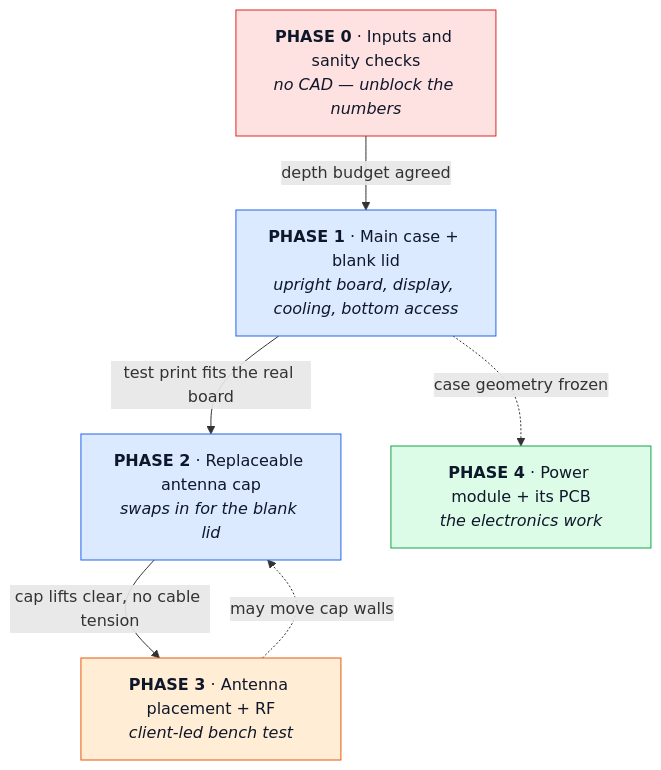
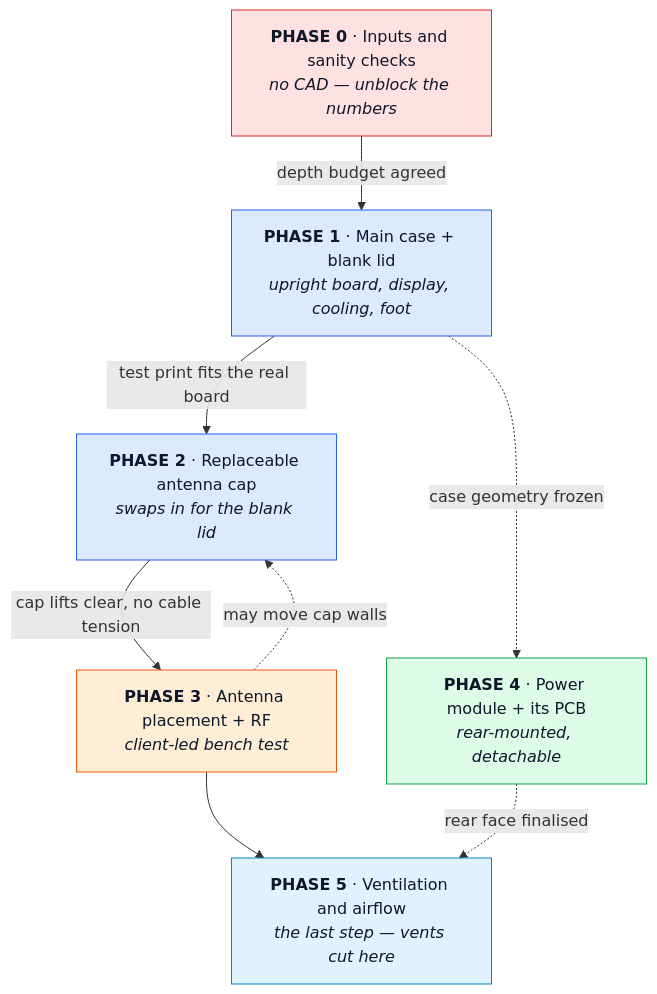
Before and after one commit to ParkWardRR/vezha: the diagram in handoff/README.md, drawn with Mermaid. The commit also changed other lines of this file and 5 other files, not shown here.

First line of the commit message:
Close the bottom, drop header access, make venting the final phase

````diff
--- a/handoff/README.md
+++ b/handoff/README.md
@@ -83,19 +100,23 @@
 ```mermaid
 flowchart TB
     P0["<b>PHASE 0</b> · Inputs and sanity checks<br/><i>no CAD — unblock the numbers</i>"]:::gate
-    P1["<b>PHASE 1</b> · Main case + blank lid<br/><i>upright board, display, cooling, bottom access</i>"]:::work
+    P1["<b>PHASE 1</b> · Main case + blank lid<br/><i>upright board, display, cooling, foot</i>"]:::work
     P2["<b>PHASE 2</b> · Replaceable antenna cap<br/><i>swaps in for the blank lid</i>"]:::work
     P3["<b>PHASE 3</b> · Antenna placement + RF<br/><i>client-led bench test</i>"]:::test
-    P4["<b>PHASE 4</b> · Power module + its PCB<br/><i>the electronics work</i>"]:::pcb
+    P4["<b>PHASE 4</b> · Power module + its PCB<br/><i>rear-mounted, detachable</i>"]:::pcb
+    P5["<b>PHASE 5</b> · Ventilation and airflow<br/><i>the last step — vents cut here</i>"]:::vent
 
     P0 -->|"depth budget agreed"| P1
     P1 -->|"test print fits the real board"| P2
     P2 -->|"cap lifts clear, no cable tension"| P3
     P1 -.->|"case geometry frozen"| P4
     P3 -.->|"may move cap walls"| P2
+    P3 --> P5
+    P4 -.->|"rear face finalised"| P5
 
     classDef gate fill:#fee2e2,stroke:#dc2626,color:#0f172a
     classDef work fill:#dbeafe,stroke:#2563eb,color:#0f172a
     classDef test fill:#ffedd5,stroke:#ea580c,color:#0f172a
     classDef pcb  fill:#dcfce7,stroke:#16a34a,color:#0f172a
+    classDef vent fill:#e0f2fe,stroke:#0284c7,color:#0f172a
 ```
````
